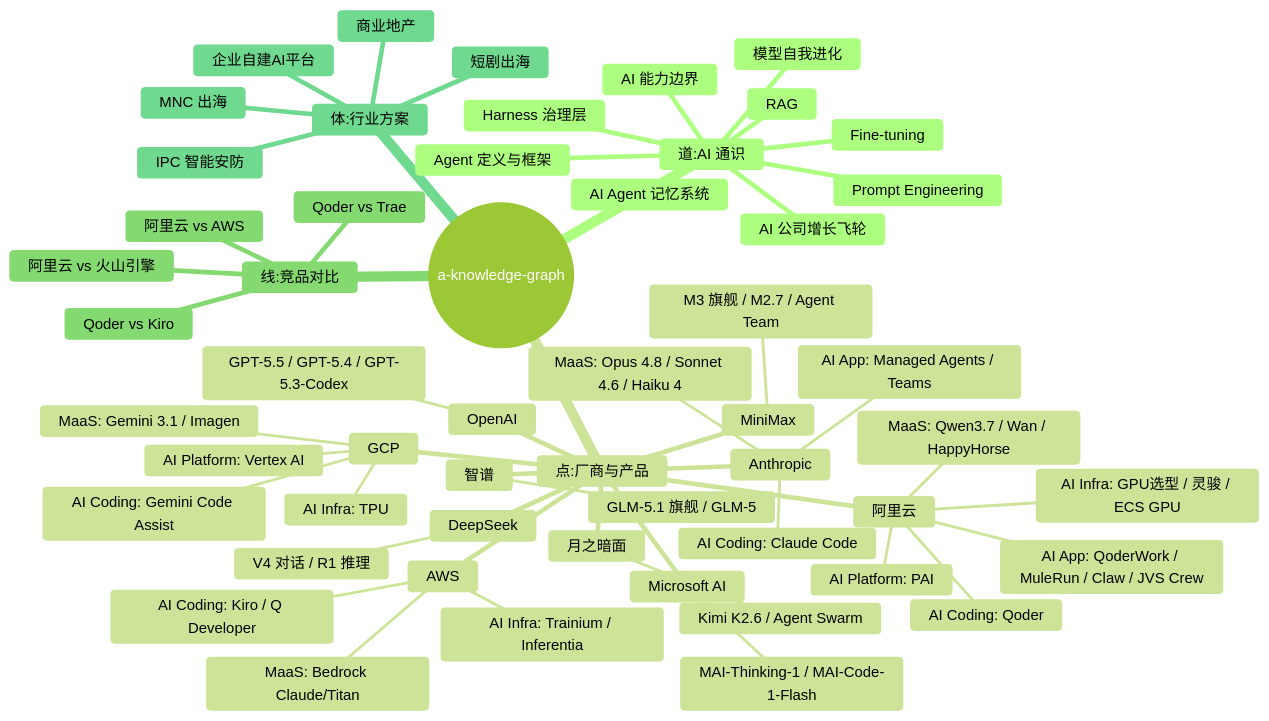
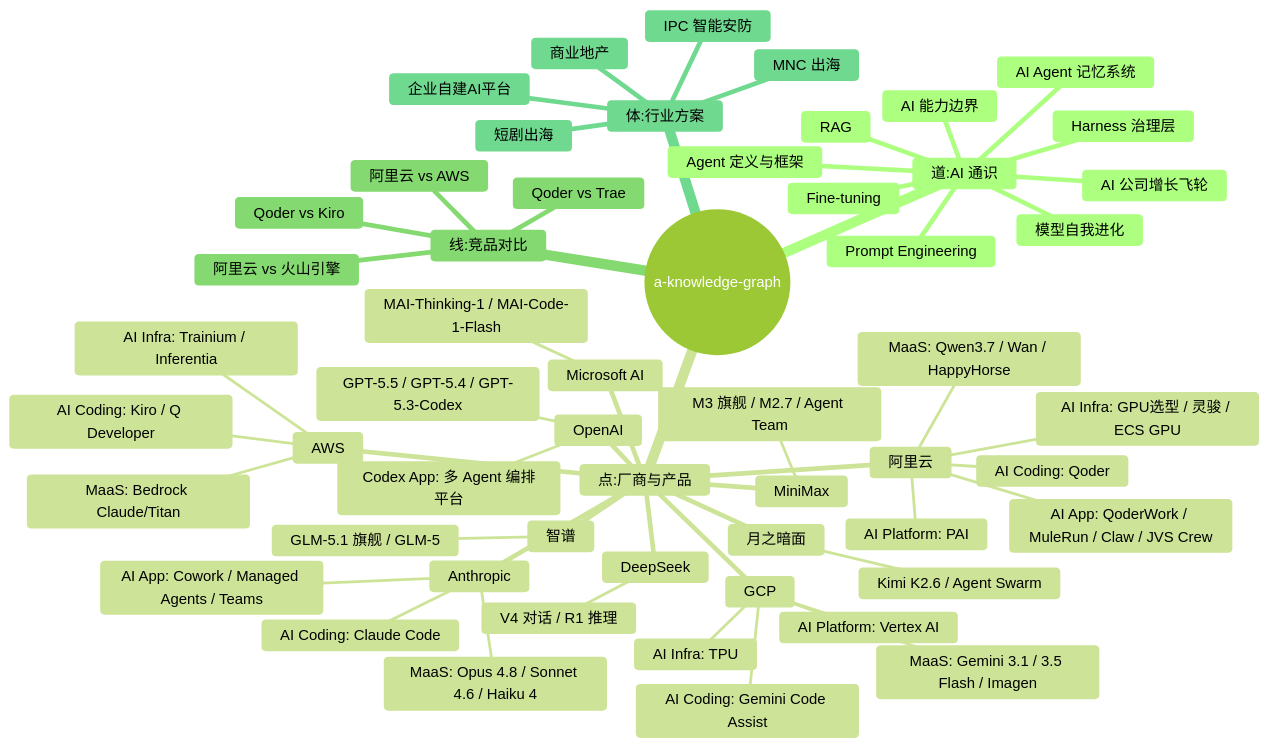
One commit to EthanNiWorld/ai-playbook-2026 changed the first of 2 diagrams in README.md. Above: the diagram before and after it, drawn with Mermaid (forest theme). The commit also changed other lines of this file and 25 other files, not shown here.

````diff
--- a/README.md
+++ b/README.md
@@ -78,57 +78,58 @@
 ```mermaid
 mindmap
   root((a-knowledge-graph))
     道:AI 通识
       Agent 定义与框架
       Harness 治理层
       Prompt Engineering
       RAG
       Fine-tuning
       AI 能力边界
       模型自我进化
       AI Agent 记忆系统
       AI 公司增长飞轮
     点:厂商与产品
       阿里云
         MaaS: Qwen3.7 / Wan / HappyHorse
         AI Coding: Qoder
         AI App: QoderWork / MuleRun / Claw / JVS Crew
         AI Infra: GPU选型 / 灵骏 / ECS GPU
         AI Platform: PAI
       AWS
         MaaS: Bedrock Claude/Titan
         AI Coding: Kiro / Q Developer
         AI Infra: Trainium / Inferentia
       GCP
-        MaaS: Gemini 3.1 / Imagen
+        MaaS: Gemini 3.1 / 3.5 Flash / Imagen
         AI Coding: Gemini Code Assist
         AI Infra: TPU
         AI Platform: Vertex AI
       Anthropic
         MaaS: Opus 4.8 / Sonnet 4.6 / Haiku 4
         AI Coding: Claude Code
-        AI App: Managed Agents / Teams
+        AI App: Cowork / Managed Agents / Teams
       MiniMax
         M3 旗舰 / M2.7 / Agent Team
       DeepSeek
         V4 对话 / R1 推理
       OpenAI
         GPT-5.5 / GPT-5.4 / GPT-5.3-Codex
+        Codex App: 多 Agent 编排平台
       Microsoft AI
         MAI-Thinking-1 / MAI-Code-1-Flash
       智谱
         GLM-5.1 旗舰 / GLM-5
       月之暗面
         Kimi K2.6 / Agent Swarm
     线:竞品对比
       Qoder vs Kiro
       Qoder vs Trae
       阿里云 vs AWS
       阿里云 vs 火山引擎
     体:行业方案
       IPC 智能安防
       短剧出海
       商业地产
       企业自建AI平台
       MNC 出海
 ```
````
